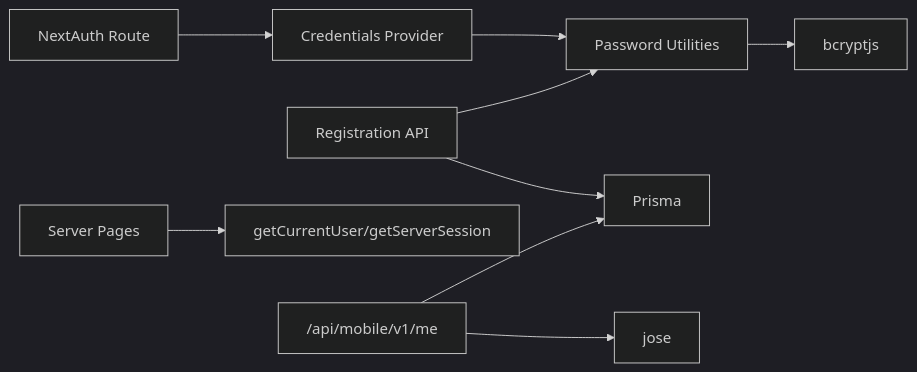
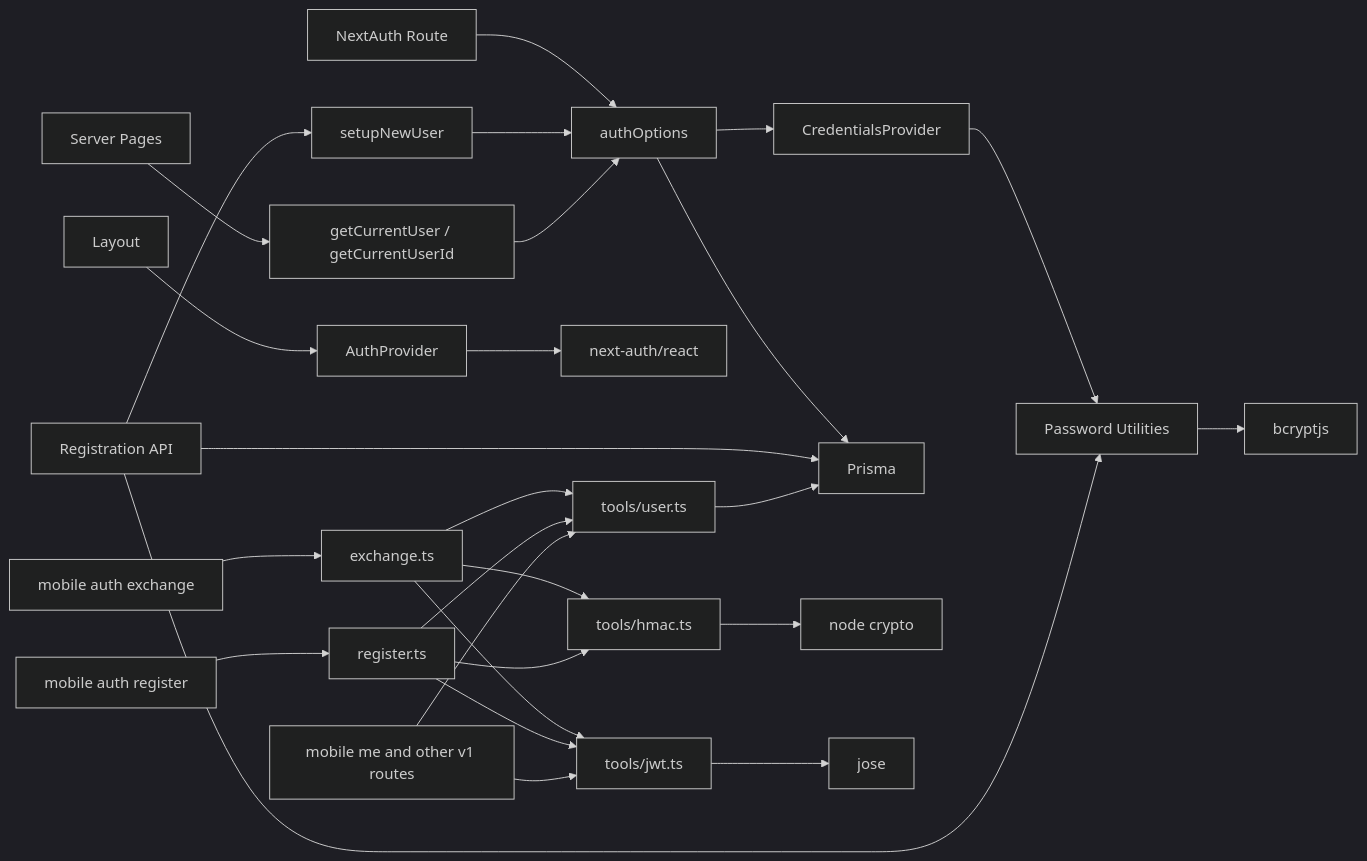
Before and after one commit to Dezzpil/meingym: the eighth of 8 diagrams in .qoder/repowiki/en/content/Authentication and Authorization.md, drawn with Mermaid (dark theme). The commit also changed other lines of this file and 12 other files, not shown here.

````diff
--- a/.qoder/repowiki/en/content/Authentication and Authorization.md
+++ b/.qoder/repowiki/en/content/Authentication and Authorization.md
@@ -334,11 +463,29 @@
 ```mermaid
 graph LR
-NextAuthRoute["NextAuth Route"] --> Credentials["Credentials Provider"]
+NextAuthRoute["NextAuth Route"] --> AuthOpts["authOptions"]
+AuthOpts --> Credentials["CredentialsProvider"]
 Credentials --> PWUtils["Password Utilities"]
 PWUtils --> Bcrypt["bcryptjs"]
 RegAPI["Registration API"] --> PWUtils
-RegAPI --> Prisma["Prisma"]
-Pages["Server Pages"] --> AuthHelpers["getCurrentUser/getServerSession"]
-MobileAPI["/api/mobile/v1/me"] --> JWTUtils["jose"]
-MobileAPI --> Prisma
+RegAPI --> Setup["setupNewUser"]
+Setup --> AuthOpts
+AuthOpts --> Prisma["Prisma"]
+RegAPI --> Prisma
+Pages["Server Pages"] --> Helpers["getCurrentUser / getCurrentUserId"]
+Helpers --> AuthOpts
+Layout["Layout"] --> Provider["AuthProvider"]
+Provider --> NextAuthReact["next-auth/react"]
+ExRoute["mobile auth exchange"] --> Exchange["exchange.ts"]
+RegRoute["mobile auth register"] --> MobileReg["register.ts"]
+Exchange --> Hmac["tools/hmac.ts"]
+Exchange --> Jwt["tools/jwt.ts"]
+MobileReg --> Hmac
+MobileReg --> Jwt
+Exchange --> MobileUser["tools/user.ts"]
+MobileReg --> MobileUser
+MeRoute["mobile me and other v1 routes"] --> Jwt
+MeRoute --> MobileUser
+Hmac --> NodeCrypto["node crypto"]
+Jwt --> Jose["jose"]
+MobileUser --> Prisma
 ```
````
